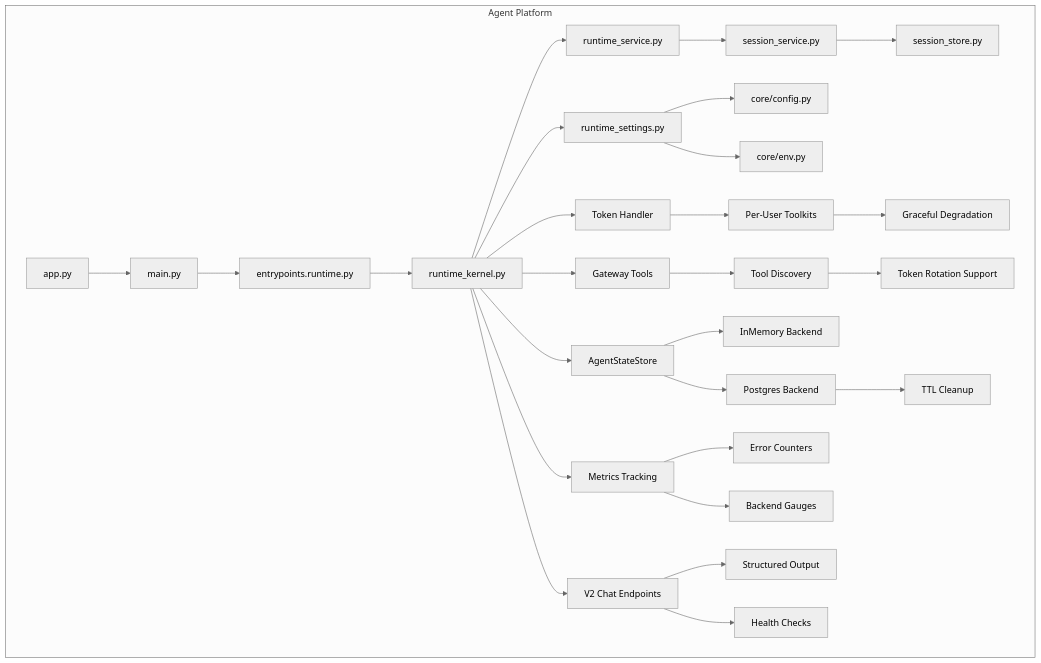
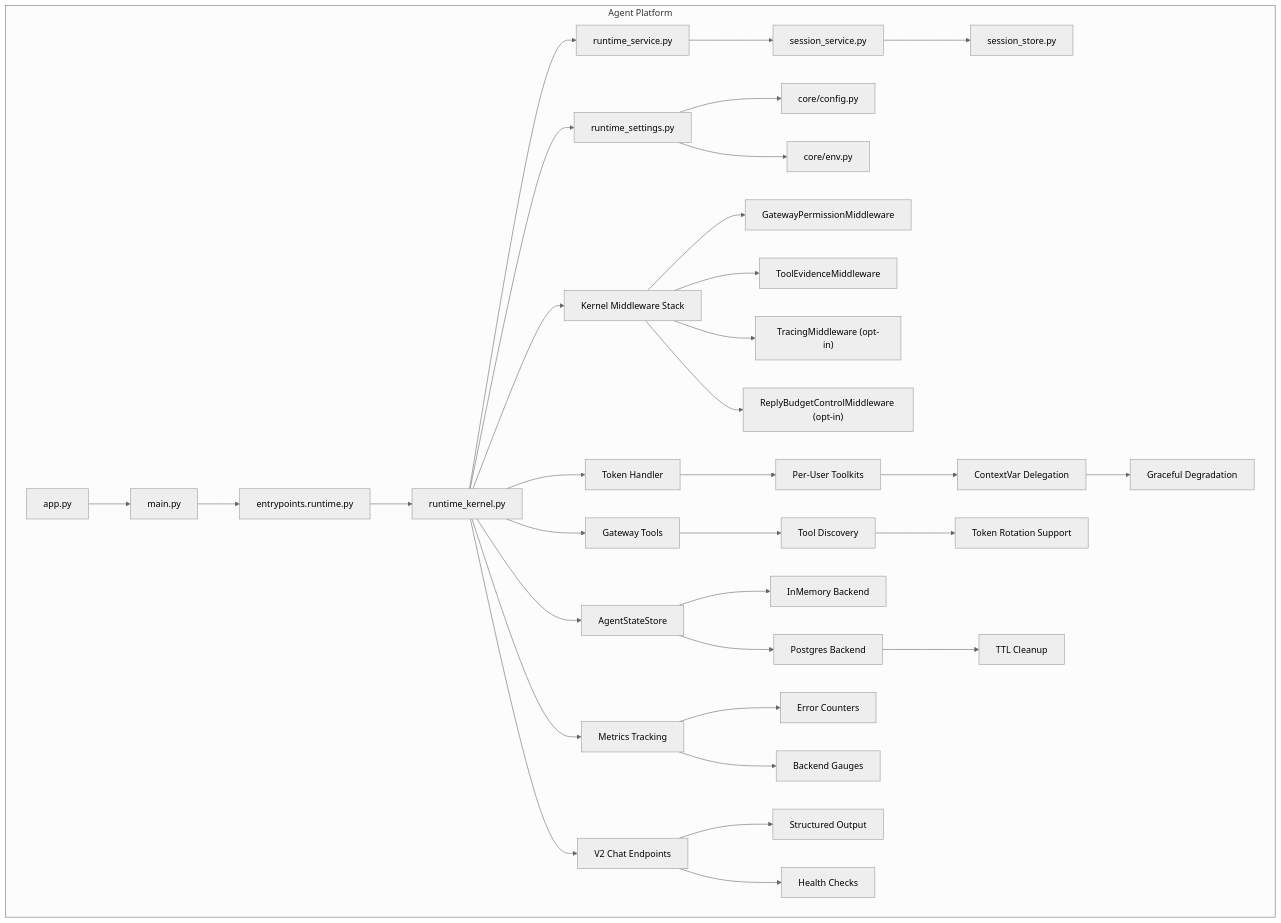
The first of 4 diagrams in .qoder/repowiki/en/content/Agent Platform Service/Runtime Kernel and Agent Lifecycle.md (metasync/luban-aiops), drawn with Mermaid (neutral theme) before and after one commit. The commit also changed other lines of this file and 25 other files, not shown here.

````diff
--- a/.qoder/repowiki/en/content/Agent Platform Service/Runtime Kernel and Agent Lifecycle.md
+++ b/.qoder/repowiki/en/content/Agent Platform Service/Runtime Kernel and Agent Lifecycle.md
@@ -51,30 +55,36 @@
 ```mermaid
 graph TB
 subgraph "Agent Platform"
 A["app.py"] --> B["main.py"]
 B --> C["entrypoints.runtime.py"]
 C --> D["runtime_kernel.py"]
 D --> E["runtime_service.py"]
 E --> F["session_service.py"]
 F --> G["session_store.py"]
 D --> H["runtime_settings.py"]
 H --> I["core/config.py"]
 H --> J["core/env.py"]
-D --> K["Token Handler"]
-K --> L["Per-User Toolkits"]
-L --> M["Graceful Degradation"]
-D --> N["Gateway Tools"]
-N --> O["Tool Discovery"]
-O --> P["Token Rotation Support"]
-D --> Q["AgentStateStore"]
-Q --> R["InMemory Backend"]
-Q --> S["Postgres Backend"]
-S --> T["TTL Cleanup"]
-D --> U["Metrics Tracking"]
-U --> V["Error Counters"]
-U --> W["Backend Gauges"]
-D --> X["V2 Chat Endpoints"]
-X --> Y["Structured Output"]
-X --> Z["Health Checks"]
+D --> K["Kernel Middleware Stack"]
+K --> L["GatewayPermissionMiddleware"]
+K --> M["ToolEvidenceMiddleware"]
+K --> N["TracingMiddleware (opt-in)"]
+K --> O["ReplyBudgetControlMiddleware (opt-in)"]
+D --> P["Token Handler"]
+P --> Q["Per-User Toolkits"]
+Q --> R["ContextVar Delegation"]
+R --> S["Graceful Degradation"]
+D --> T["Gateway Tools"]
+T --> U["Tool Discovery"]
+U --> V["Token Rotation Support"]
+D --> W["AgentStateStore"]
+W --> X["InMemory Backend"]
+W --> Y["Postgres Backend"]
+Y --> Z["TTL Cleanup"]
+D --> AA["Metrics Tracking"]
+AA --> BB["Error Counters"]
+AA --> CC["Backend Gauges"]
+D --> DD["V2 Chat Endpoints"]
+DD --> EE["Structured Output"]
+DD --> FF["Health Checks"]
 end
 ```
````
